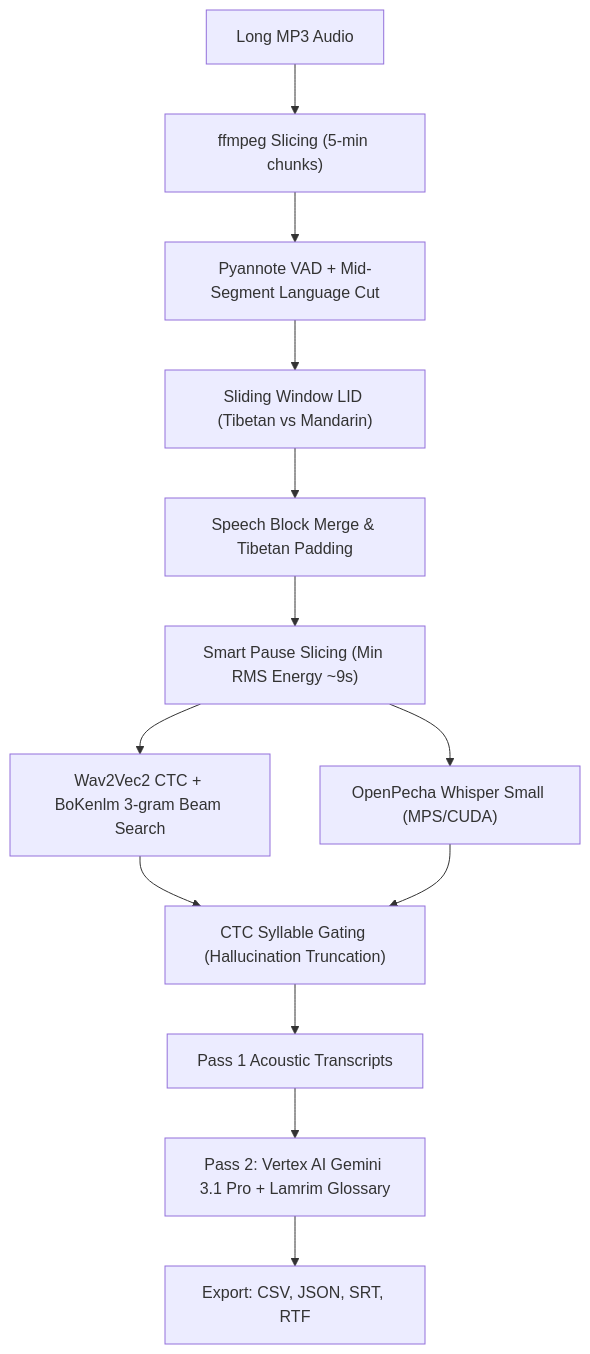
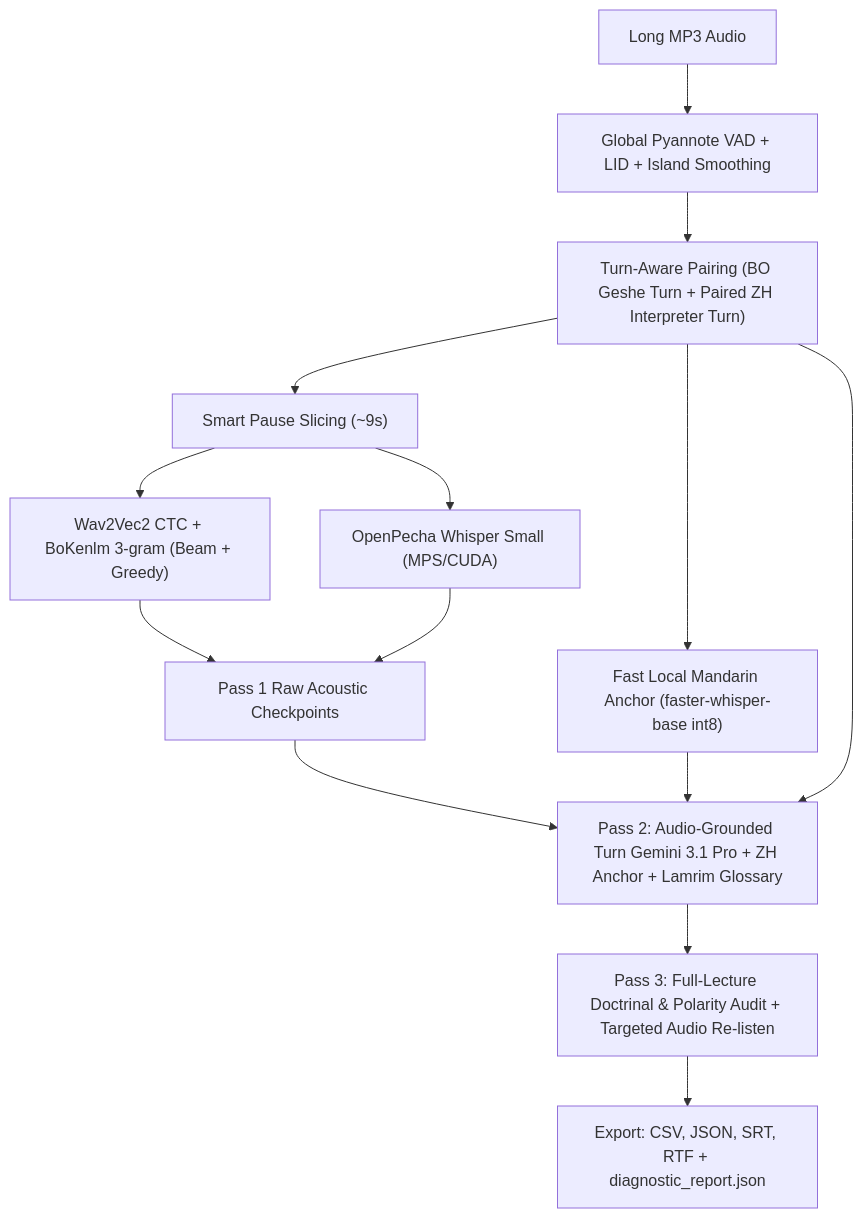
One commit to nightheronry/whisper-jax changed the diagram in README.md. Above: the diagram before and after it, drawn with Mermaid. The commit also changed other lines of this file and 7 other files, not shown here.

Commit message:
feat: add turn-aware pipeline, Mandarin anchor, audio grounding, and Pass 3 audit

````diff
--- a/README.md
+++ b/README.md
@@ -169,15 +175,16 @@
 ```mermaid
 flowchart TD
-    Audio["Long MP3 Audio"] --> Slice["ffmpeg Slicing (5-min chunks)"]
-    Slice --> VAD["Pyannote VAD + Mid-Segment Language Cut"]
-    VAD --> LID["Sliding Window LID (Tibetan vs Mandarin)"]
-    LID --> Blocks["Speech Block Merge & Tibetan Padding"]
-    Blocks --> PauseCut["Smart Pause Slicing (Min RMS Energy ~9s)"]
+    Audio["Long MP3 Audio"] --> VAD["Global Pyannote VAD + LID + Island Smoothing"]
+    VAD --> Turns["Turn-Aware Pairing (BO Geshe Turn + Paired ZH Interpreter Turn)"]
+    Turns --> PauseCut["Smart Pause Slicing (~9s)"]
     PauseCut --> Whisper["OpenPecha Whisper Small (MPS/CUDA)"]
-    PauseCut --> CTC["Wav2Vec2 CTC + BoKenlm 3-gram Beam Search"]
-    CTC --> Gate["CTC Syllable Gating (Hallucination Truncation)"]
-    Whisper --> Gate
-    Gate --> Pass1["Pass 1 Acoustic Transcripts"]
-    Pass1 --> Gemini["Pass 2: Vertex AI Gemini 3.1 Pro + Lamrim Glossary"]
-    Gemini --> Exporters["Export: CSV, JSON, SRT, RTF"]
+    PauseCut --> CTC["Wav2Vec2 CTC + BoKenlm 3-gram (Beam + Greedy)"]
+    Turns --> ZHAnchor["Fast Local Mandarin Anchor (faster-whisper-base int8)"]
+    CTC --> Pass1["Pass 1 Raw Acoustic Checkpoints"]
+    Whisper --> Pass1
+    Pass1 --> Gemini["Pass 2: Audio-Grounded Turn Gemini 3.1 Pro + ZH Anchor + Lamrim Glossary"]
+    ZHAnchor --> Gemini
+    Turns --> Gemini
+    Gemini --> Audit["Pass 3: Full-Lecture Doctrinal & Polarity Audit + Targeted Audio Re-listen"]
+    Audit --> Exporters["Export: CSV, JSON, SRT, RTF + diagnostic_report.json"]
 ```
````
